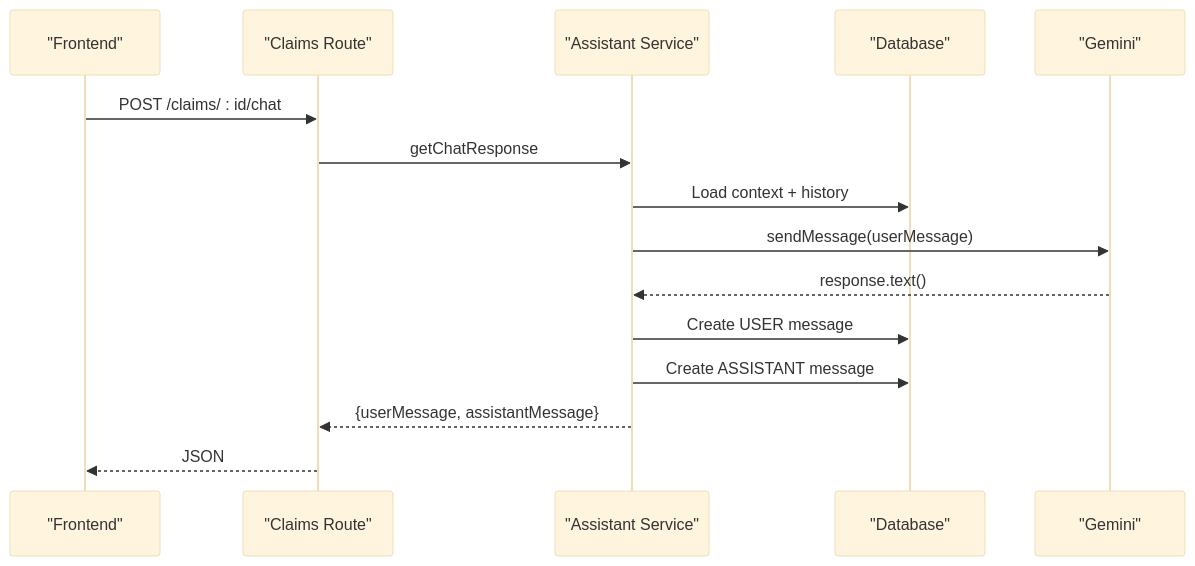
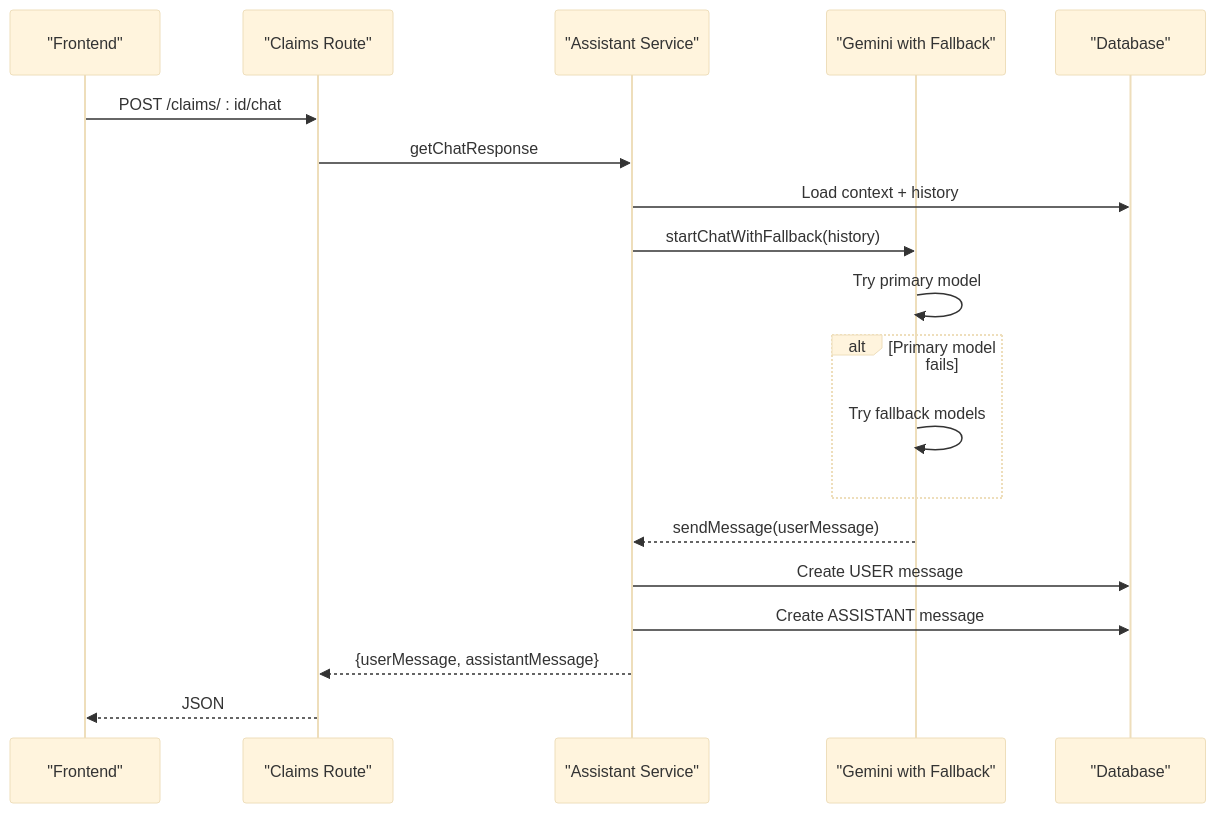
One commit to NaveenHiranya/Smart-Vehicle-Insurance-Claim-System changed the fifth of 8 diagrams in .qoder/repowiki/en/content/AI Services Integration/Claim Assistant Chat Service.md. Above: the diagram before and after it, drawn with Mermaid (base theme). The commit also changed other lines of this file and 41 other files, not shown here.

````diff
--- a/.qoder/repowiki/en/content/AI Services Integration/Claim Assistant Chat Service.md
+++ b/.qoder/repowiki/en/content/AI Services Integration/Claim Assistant Chat Service.md
@@ -167,17 +197,21 @@
 ```mermaid
 sequenceDiagram
 participant FE as "Frontend"
 participant RT as "Claims Route"
 participant AS as "Assistant Service"
+participant GM as "Gemini with Fallback"
 participant DB as "Database"
-participant GM as "Gemini"
 FE->>RT : POST /claims/ : id/chat
 RT->>AS : getChatResponse
 AS->>DB : Load context + history
-AS->>GM : sendMessage(userMessage)
-GM-->>AS : response.text()
+AS->>GM : startChatWithFallback(history)
+GM->>GM : Try primary model
+alt Primary model fails
+GM->>GM : Try fallback models
+end
+GM-->>AS : sendMessage(userMessage)
 AS->>DB : Create USER message
 AS->>DB : Create ASSISTANT message
 AS-->>RT : {userMessage, assistantMessage}
 RT-->>FE : JSON
 ```
````
